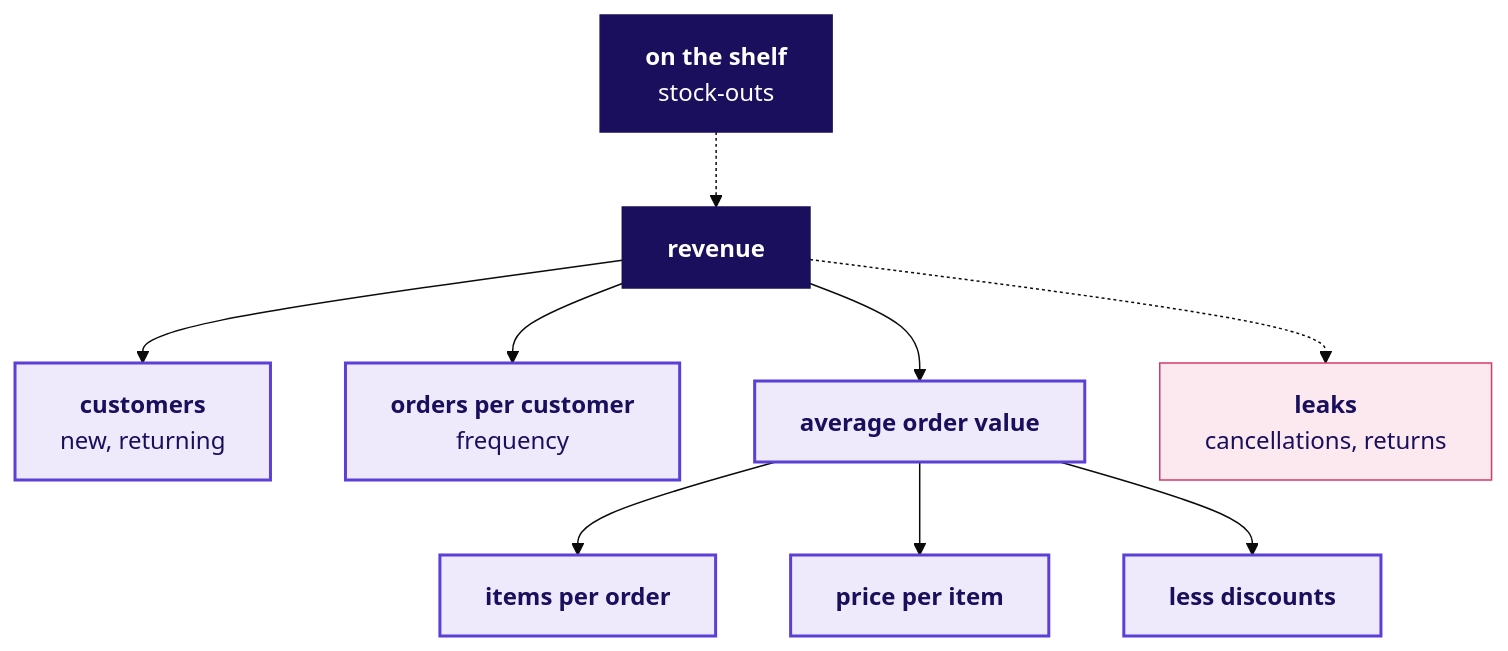
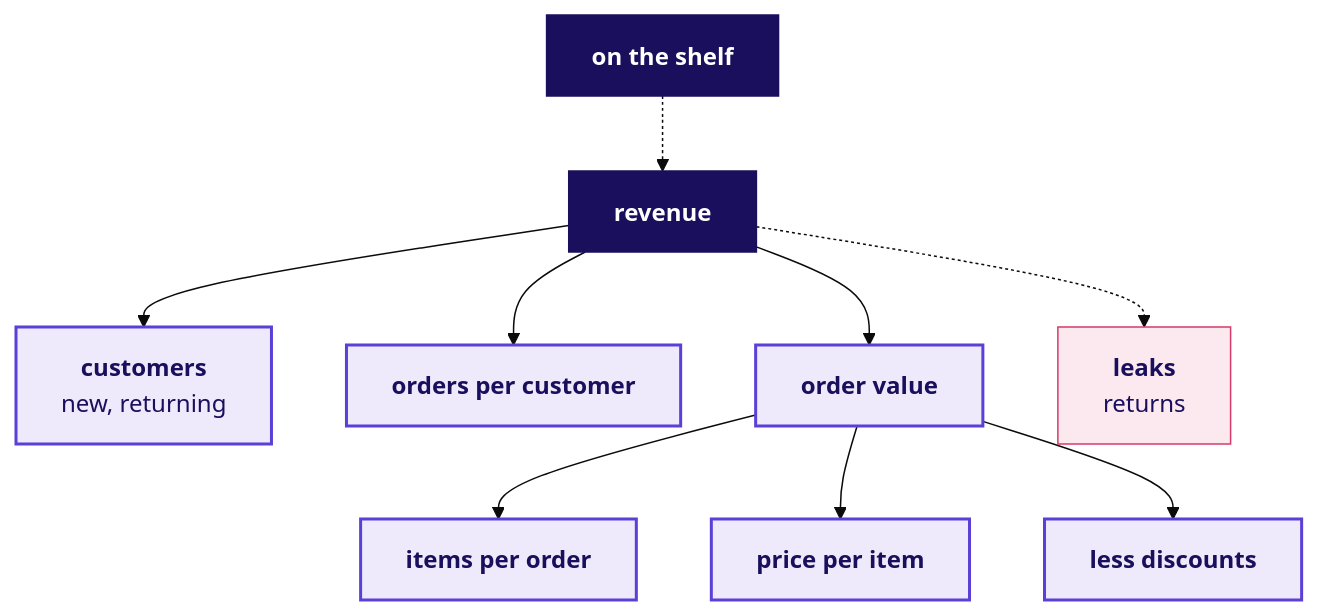
One commit to fde-academy-lab/c2-content-factory changed the fifth of 18 diagrams in content/W01/D1/slides/C2_W01_D01_half1_STUDENT.md. Above: the diagram before and after it, drawn with Mermaid (base theme). The commit also changed other lines of this file and 39 other files, not shown here.

First line of the commit message:
W01 D1 depth loop passes 4 and 5: plan sized on the everyday orders, identity check on the orders the revenue covers, payback on the segment mean, one escalated post shape, minutes to 30 per chapter, matching and ordering items, section numerals on the covers, language fixes

````diff
--- a/content/W01/D1/slides/C2_W01_D01_half1_STUDENT.md
+++ b/content/W01/D1/slides/C2_W01_D01_half1_STUDENT.md
@@ -167,17 +163,17 @@
 ```mermaid
 flowchart TB
     R["<b>revenue</b>"] --> C["<b>customers</b><br/>new, returning"]
-    R --> F["<b>orders per customer</b><br/>frequency"]
-    R --> A["<b>average order value</b>"]
-    R -.-> L["<b>leaks</b><br/>cancellations, returns"]
+    R --> F["<b>orders per customer</b>"]
+    R --> A["<b>order value</b>"]
+    R -.-> L["<b>leaks</b><br/>returns"]
     A --> I["<b>items per order</b>"]
     A --> P["<b>price per item</b>"]
     A --> D["<b>less discounts</b>"]
-    S["<b>on the shelf</b><br/>stock-outs"] -.-> R
+    S["<b>on the shelf</b>"] -.-> R
     classDef known fill:#EEEAFB,stroke:#5B3FD6,color:#1A0F5C,stroke-width:2px
     classDef bad fill:#FBE9EF,stroke:#D63A6A,color:#1A0F5C
     classDef bet fill:#1A0F5C,stroke:#1A0F5C,color:#FFFFFF
     class C,F,A,I,P,D known
     class L bad
     class R,S bet
 ```
````
